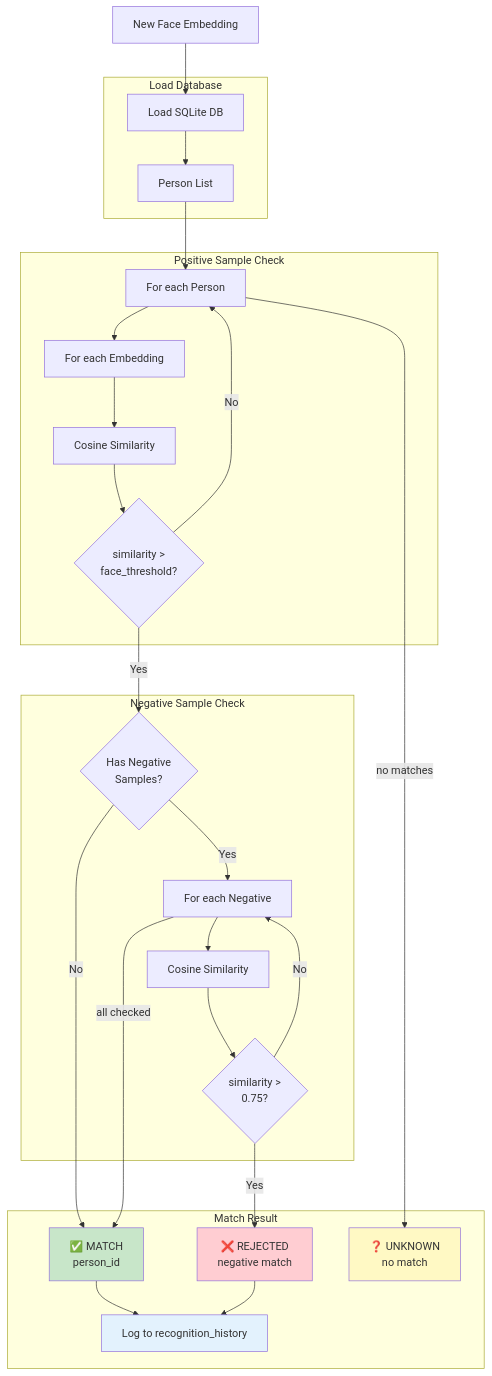
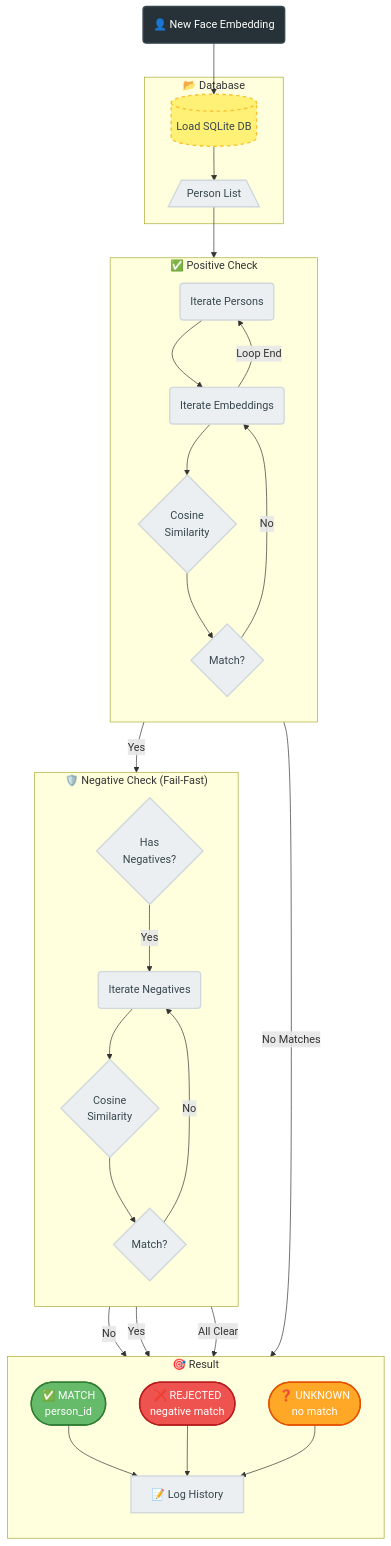
The seventh of 8 diagrams in README.md (brainAThome/Opening_RTSP-Recorder), drawn with Mermaid before and after one commit.

Commit message:
docs: Style Person Matching diagram

````diff
--- a/README.md
+++ b/README.md
@@ -472,60 +472,68 @@
 ```mermaid
 flowchart TB
-    START["New Face Embedding"]
+    %% Define Styles
+    classDef input fill:#263238,stroke:#37474f,stroke-width:2px,color:#fff;
+    classDef logic fill:#eceff1,stroke:#cfd8dc,stroke-width:2px,color:#37474f;
+    classDef db fill:#fff176,stroke:#fbc02d,stroke-width:2px,color:#37474f,stroke-dasharray: 5 5;
+    classDef match fill:#66bb6a,stroke:#2e7d32,stroke-width:2px,color:#fff;
+    classDef reject fill:#ef5350,stroke:#b71c1c,stroke-width:2px,color:#fff;
+    classDef unknown fill:#ffa726,stroke:#e65100,stroke-width:2px,color:#fff;
+
+    START("👤 New Face Embedding"):::input
     
-    subgraph LoadDB["Load Database"]
-        LOAD["Load SQLite DB"]
-        PEOPLE["Person List"]
+    subgraph Data ["📂 Database"]
+        LOAD[("Load SQLite DB")]:::db
+        PEOPLE[/"Person List"\]:::logic
     end
     
-    subgraph PositiveMatch["Positive Sample Check"]
-        FOR_P["For each Person"]
-        FOR_E["For each Embedding"]
-        COS_P["Cosine Similarity"]
-        THRESH_P{"similarity ><br/>face_threshold?"}
+    subgraph Positive ["✅ Positive Check"]
+        direction TB
+        FOR_P("Iterate Persons"):::logic
+        FOR_E("Iterate Embeddings"):::logic
+        COS_P{"Cosine<br/>Similarity"}:::logic
+        THRESH_P{"Match?"}:::logic
     end
     
-    subgraph NegativeCheck["Negative Sample Check"]
-        HAS_NEG{"Has Negative<br/>Samples?"}
-        FOR_N["For each Negative"]
-        COS_N["Cosine Similarity"]
-        THRESH_N{"similarity ><br/>0.75?"}
+    subgraph Negative ["🛡️ Negative Check (Fail-Fast)"]
+        direction TB
+        HAS_NEG{"Has<br/>Negatives?"}:::logic
+        FOR_N("Iterate Negatives"):::logic
+        COS_N{"Cosine<br/>Similarity"}:::logic
+        THRESH_N{"Match?"}:::logic
     end
     
-    subgraph Result["Match Result"]
-        MATCH["✅ MATCH<br/>person_id"]
-        REJECT["❌ REJECTED<br/>negative match"]
-        UNKNOWN["❓ UNKNOWN<br/>no match"]
-        LOG["Log to recognition_history"]
+    subgraph Outcome ["🎯 Result"]
+        direction TB
+        MATCH(["✅ MATCH<br/>person_id"]):::match
+        REJECT(["❌ REJECTED<br/>negative match"]):::reject
+        UNKNOWN(["❓ UNKNOWN<br/>no match"]):::unknown
+        LOG["📝 Log History"]:::logic
     end
     
+    %% Connections
     START --> LOAD
     LOAD --> PEOPLE
     PEOPLE --> FOR_P
     FOR_P --> FOR_E
     FOR_E --> COS_P
     COS_P --> THRESH_P
     
     THRESH_P -->|Yes| HAS_NEG
-    THRESH_P -->|No| FOR_P
+    THRESH_P -->|No| FOR_E
+    FOR_E -->|Loop End| FOR_P
     
+    HAS_NEG -->|No| MATCH
     HAS_NEG -->|Yes| FOR_N
-    HAS_NEG -->|No| MATCH
-    
     FOR_N --> COS_N
     COS_N --> THRESH_N
     
     THRESH_N -->|Yes| REJECT
     THRESH_N -->|No| FOR_N
-    FOR_N -->|all checked| MATCH
+    FOR_N -->|All Clear| MATCH
     
-    FOR_P -->|no matches| UNKNOWN
+    FOR_P -->|No Matches| UNKNOWN
     
     MATCH --> LOG
     REJECT --> LOG
-    
-    style MATCH fill:#c8e6c9
-    style REJECT fill:#ffcdd2
-    style UNKNOWN fill:#fff9c4
-    style LOG fill:#e3f2fd
+    UNKNOWN --> LOG
 ```
````
